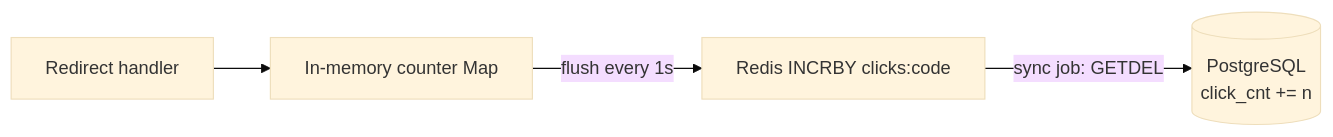
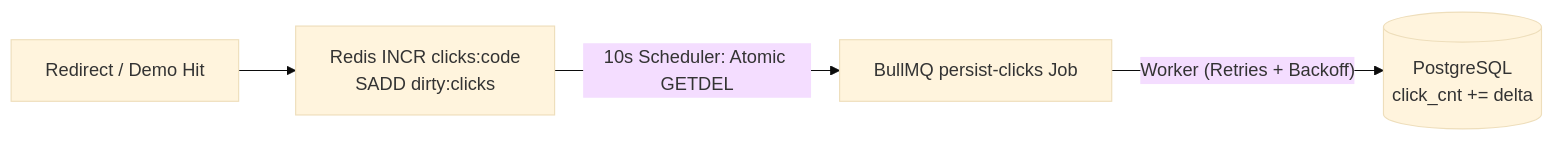
The second of 2 diagrams in README.md (makx-dev/CacheCut), drawn with Mermaid (base theme) before and after one commit. The commit also changed other lines of this file and 11 other files, not shown here.

Commit message:
feat: upgrade to BullMQ write-behind click persistence, rate limiting, and demo UI

````diff
--- a/README.md
+++ b/README.md
@@ -34,6 +45,6 @@
 ```mermaid
 flowchart LR
-    H[Redirect handler] --> M[In-memory counter Map]
-    M -- flush every 1s --> RI[Redis INCRBY clicks:code]
-    RI -- sync job: GETDEL --> PGU[(PostgreSQL<br/>click_cnt += n)]
+    H[Redirect / Demo Hit] --> RI[Redis INCR clicks:code<br/>SADD dirty:clicks]
+    RI -- 10s Scheduler: Atomic GETDEL --> Q[BullMQ persist-clicks Job]
+    Q -- Worker (Retries + Backoff) --> PGU[(PostgreSQL<br/>click_cnt += delta)]
 ```
````
